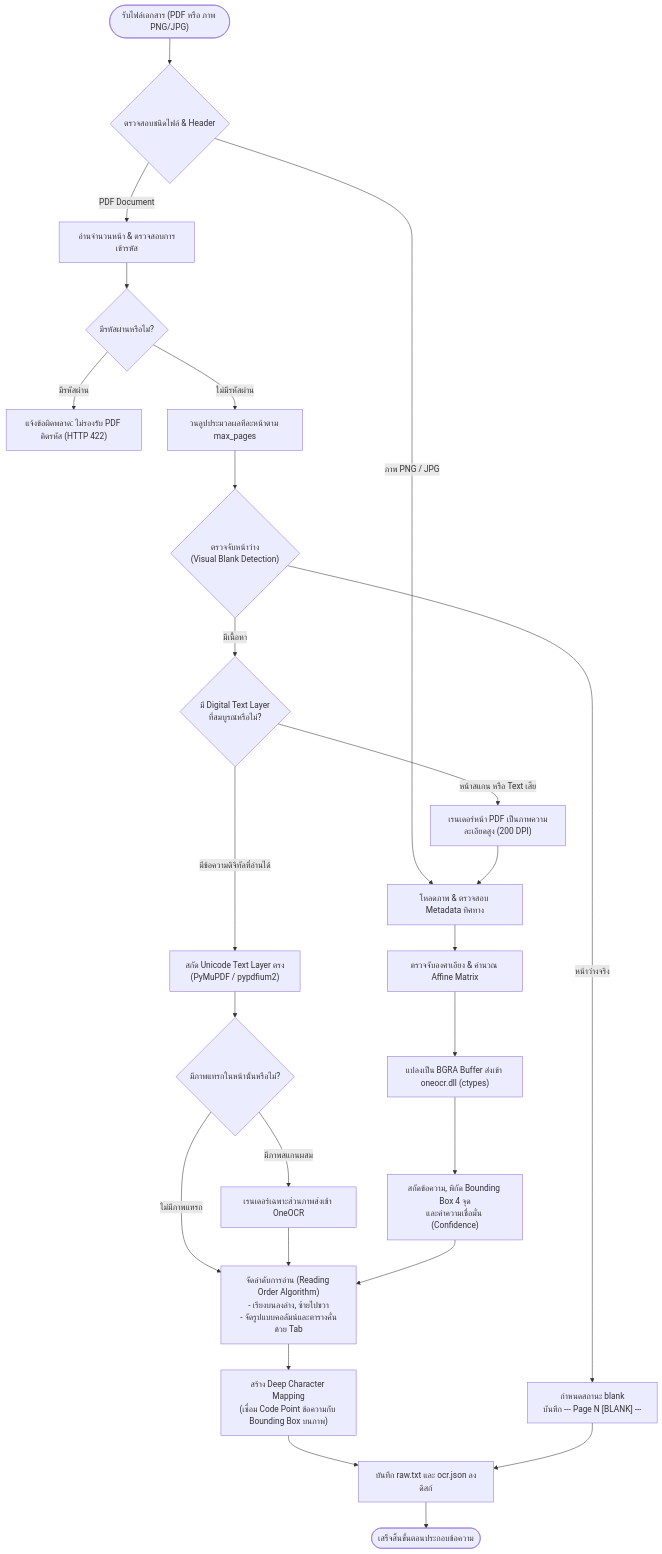
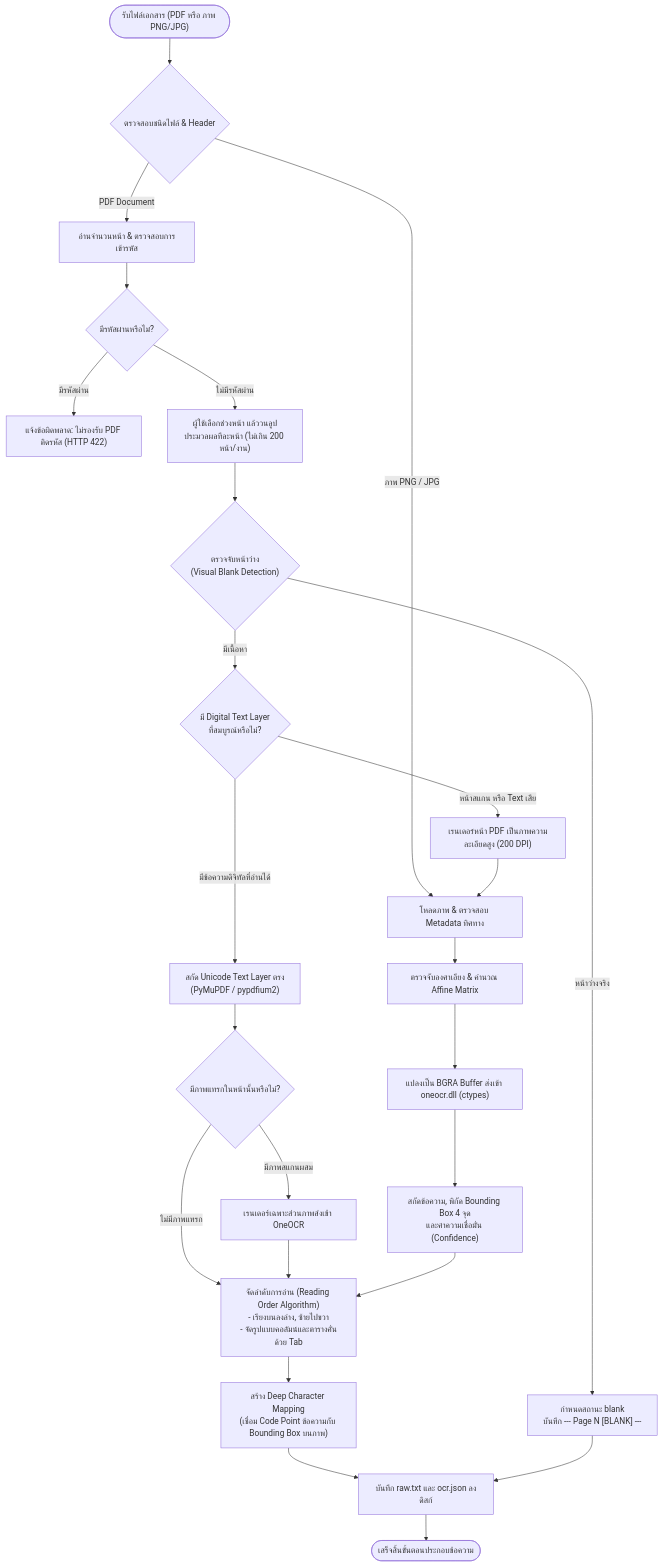
Before and after one commit to anuwatm/pdf-ocr-studio: the second of 5 diagrams in readme.md, drawn with Mermaid. The commit also changed other lines of this file and 9 other files, not shown here.

````diff
--- a/readme.md
+++ b/readme.md
@@ -123,37 +151,37 @@
 ```mermaid
 flowchart TD
     Start(["รับไฟล์เอกสาร (PDF หรือ ภาพ PNG/JPG)"]) --> Prescreen{"ตรวจสอบชนิดไฟล์ & Header"}
     
     Prescreen -->|ภาพ PNG / JPG| ImgPath["โหลดภาพ & ตรวจสอบ Metadata ทิศทาง"]
     Prescreen -->|PDF Document| PDFPath["อ่านจำนวนหน้า & ตรวจสอบการเข้ารหัส"]
     
     PDFPath --> Encrypted{"มีรหัสผ่านหรือไม่?"}
     Encrypted -->|มีรหัสผ่าน| ErrPW["แจ้งข้อผิดพลาด: ไม่รองรับ PDF ติดรหัส (HTTP 422)"]
-    Encrypted -->|ไม่มีรหัสผ่าน| PageLoop["วนลูปประมวลผลทีละหน้าตาม max_pages"]
+    Encrypted -->|ไม่มีรหัสผ่าน| PageLoop["ผู้ใช้เลือกช่วงหน้า แล้ววนลูปประมวลผลทีละหน้า (ไม่เกิน 200 หน้า/งาน)"]
     
     PageLoop --> BlankCheck{"ตรวจจับหน้าว่าง<br/>(Visual Blank Detection)"}
     BlankCheck -->|หน้าว่างจริง| MarkBlank["กำหนดสถานะ blank<br/>บันทึก --- Page N [BLANK] ---"]
     
     BlankCheck -->|มีเนื้อหา| TextCheck{"มี Digital Text Layer<br/>ที่สมบูรณ์หรือไม่?"}
     
     TextCheck -->|มีข้อความดิจิทัลที่อ่านได้| ExtractText["สกัด Unicode Text Layer ตรง<br/>(PyMuPDF / pypdfium2)"]
     ExtractText --> CheckImg{"มีภาพแทรกในหน้านั้นหรือไม่?"}
     CheckImg -->|มีภาพสแกนผสม| HybridOCR["เรนเดอร์เฉพาะส่วนภาพส่งเข้า OneOCR"]
     CheckImg -->|ไม่มีภาพแทรก| AssembleOrder
     
     TextCheck -->|หน้าสแกน หรือ Text เสีย| RenderImg["เรนเดอร์หน้า PDF เป็นภาพความละเอียดสูง (200 DPI)"]
     RenderImg --> ImgPath
     
     ImgPath --> Deskew["ตรวจจับองศาเอียง & คำนวณ Affine Matrix"]
     Deskew --> OneOCREngine["แปลงเป็น BGRA Buffer ส่งเข้า oneocr.dll (ctypes)"]
     OneOCREngine --> ParseBoxes["สกัดข้อความ, พิกัด Bounding Box 4 จุด<br/>และค่าความเชื่อมั่น (Confidence)"]
     
     HybridOCR --> AssembleOrder
     ParseBoxes --> AssembleOrder["จัดลำดับการอ่าน (Reading Order Algorithm)<br/>- เรียงบนลงล่าง, ซ้ายไปขวา<br/>- จัดรูปแบบคอลัมน์และตารางคั่นด้วย Tab"]
     
     AssembleOrder --> Mapping["สร้าง Deep Character Mapping<br/>(เชื่อม Code Point ข้อความกับ Bounding Box บนภาพ)"]
     
     Mapping --> SaveRaw["บันทึก raw.txt และ ocr.json ลงดิสก์"]
     MarkBlank --> SaveRaw
     SaveRaw --> Done(["เสร็จสิ้นขั้นตอนประกอบข้อความ"])
 ```
````
